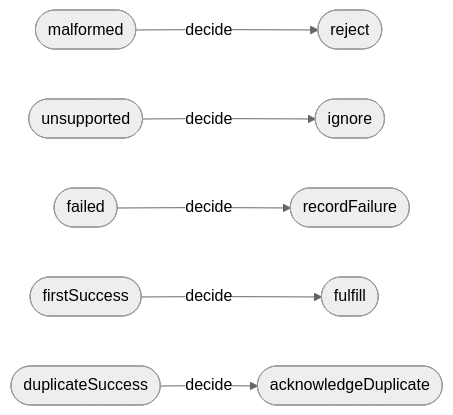
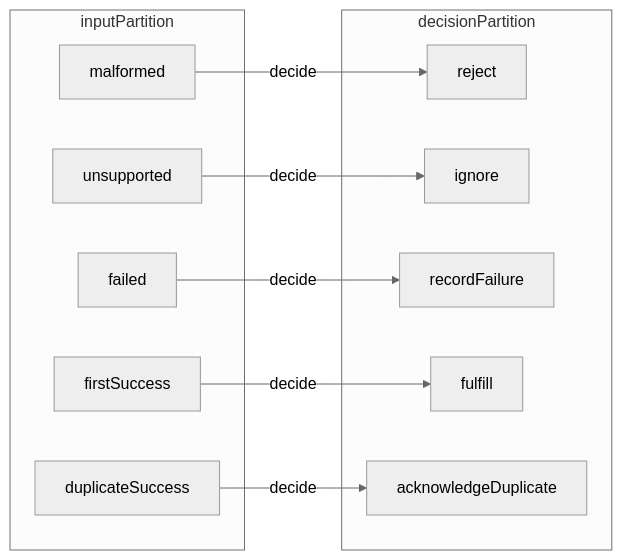
One commit to mrvanish97/archiscript changed the second of 4 diagrams in README.md. Above: the diagram before and after it, drawn with Mermaid (neutral theme). The commit also changed other lines of this file and 27 other files, not shown here.

````diff
--- a/README.md
+++ b/README.md
@@ -98,8 +99,22 @@
 ```mermaid
 flowchart LR
-  S0(["malformed"]) -->|"decide"| T0(["reject"])
-  S1(["unsupported"]) -->|"decide"| T1(["ignore"])
-  S2(["failed"]) -->|"decide"| T2(["recordFailure"])
-  S3(["firstSuccess"]) -->|"decide"| T3(["fulfill"])
-  S4(["duplicateSuccess"]) -->|"decide"| T4(["acknowledgeDuplicate"])
+  subgraph INPUT["inputPartition"]
+    S0["malformed"]
+    S1["unsupported"]
+    S2["failed"]
+    S3["firstSuccess"]
+    S4["duplicateSuccess"]
+  end
+  subgraph DECISION["decisionPartition"]
+    T0["reject"]
+    T1["ignore"]
+    T2["recordFailure"]
+    T3["fulfill"]
+    T4["acknowledgeDuplicate"]
+  end
+  S0 -->|"decide"| T0
+  S1 -->|"decide"| T1
+  S2 -->|"decide"| T2
+  S3 -->|"decide"| T3
+  S4 -->|"decide"| T4
 ```
````
